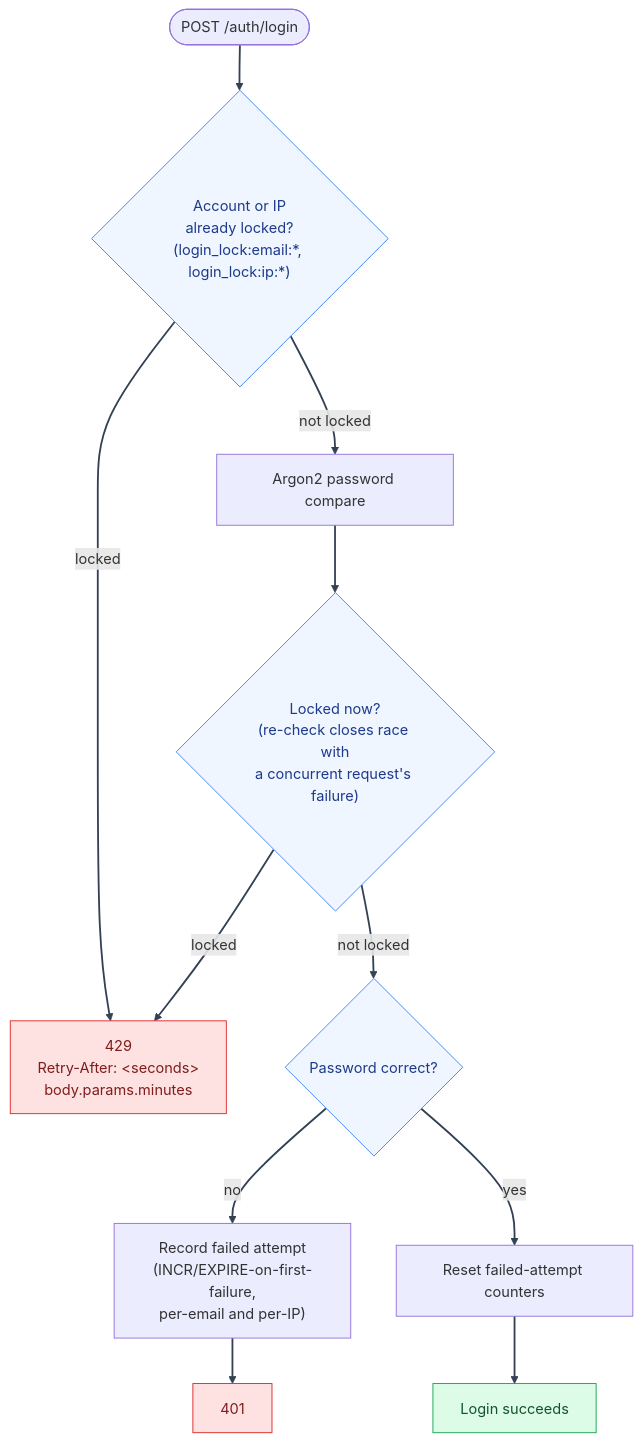
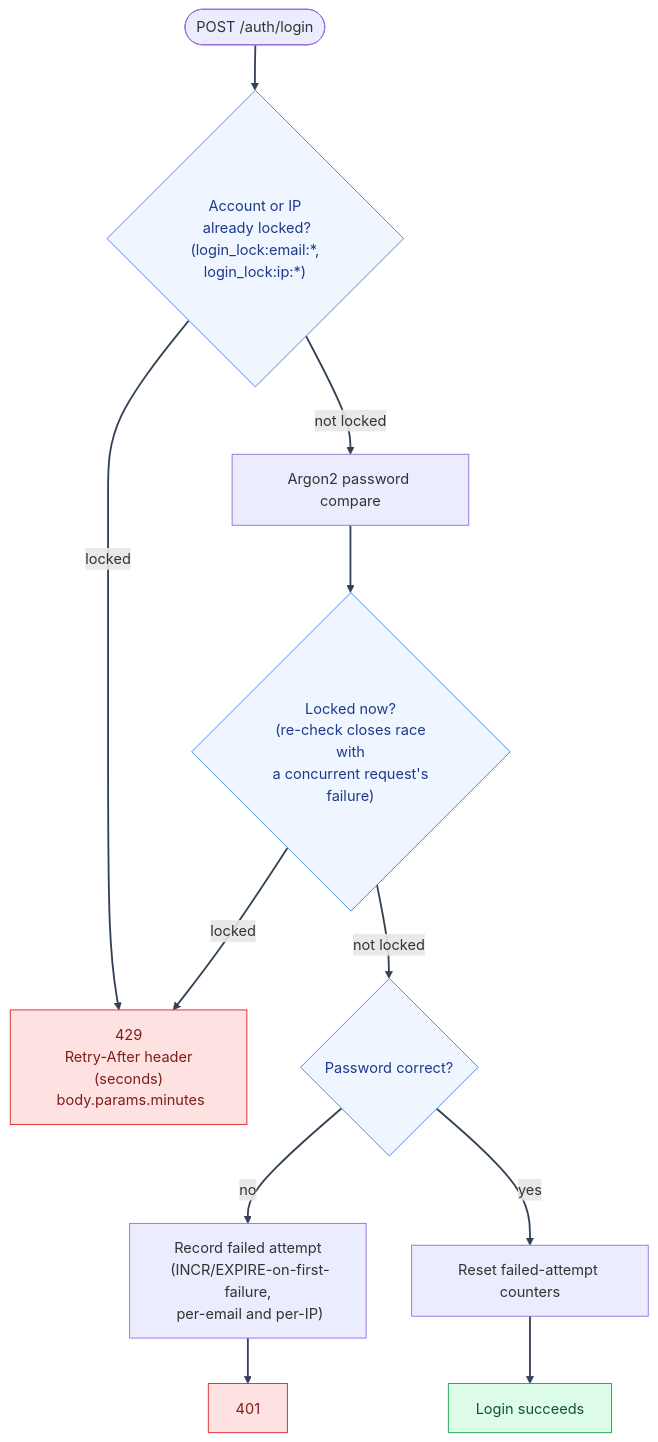
The second of 2 diagrams in docs/mystic_auth/security/hardening-abuse-prevention.md (Nachiket-2024/mystic-auth), drawn with Mermaid before and after one commit. The commit also changed other lines of this file and 708 other files, not shown here.

````diff
--- a/docs/mystic_auth/security/hardening-abuse-prevention.md
+++ b/docs/mystic_auth/security/hardening-abuse-prevention.md
@@ -68,22 +78,21 @@
 ```mermaid
 %%{init: {"themeVariables": {"lineColor": "#334155"}} }%%
 flowchart TD
-    Start(["POST /auth/login"]) --> Pre{"Account or IP\nalready locked?\n(login_lock:email:*, login_lock:ip:*)"}
-    Pre -- "locked" --> L429["429\nRetry-After: &lt;seconds&gt;\nbody.params.minutes"]
+    Start(["POST /auth/login"]) --> Pre{"Account or IP\n already locked?\n (login_lock:email:*, login_lock:ip:*)"}
+    Pre -- "locked" --> L429["429\n Retry-After header (seconds)\n body.params.minutes"]
     Pre -- "not locked" --> Hash["Argon2 password compare"]
-    Hash --> Post{"Locked now?\n(re-check closes race with\na concurrent request's failure)"}
+    Hash --> Post{"Locked now?\n (re-check closes race with\n a concurrent request's failure)"}
     Post -- "locked" --> L429
     Post -- "not locked" --> Result{"Password correct?"}
-    Result -- "no" --> Record["Record failed attempt\n(INCR/EXPIRE-on-first-failure,\nper-email and per-IP)"]
+    Result -- "no" --> Record["Record failed attempt\n (INCR/EXPIRE-on-first-failure,\n per-email and per-IP)"]
     Record --> Fail["401"]
     Result -- "yes" --> Reset["Reset failed-attempt counters"]
     Reset --> Success["Login succeeds"]
-
     classDef success fill:#dcfce7,stroke:#16a34a,color:#14532d
     classDef blocked fill:#fee2e2,stroke:#dc2626,color:#7f1d1d
     classDef decision fill:#eff6ff,stroke:#3b82f6,color:#1e3a8a
     class Success success
     class L429,Fail blocked
     class Pre,Post,Result decision
     linkStyle default stroke:#334155,stroke-width:2px
 ```
````
